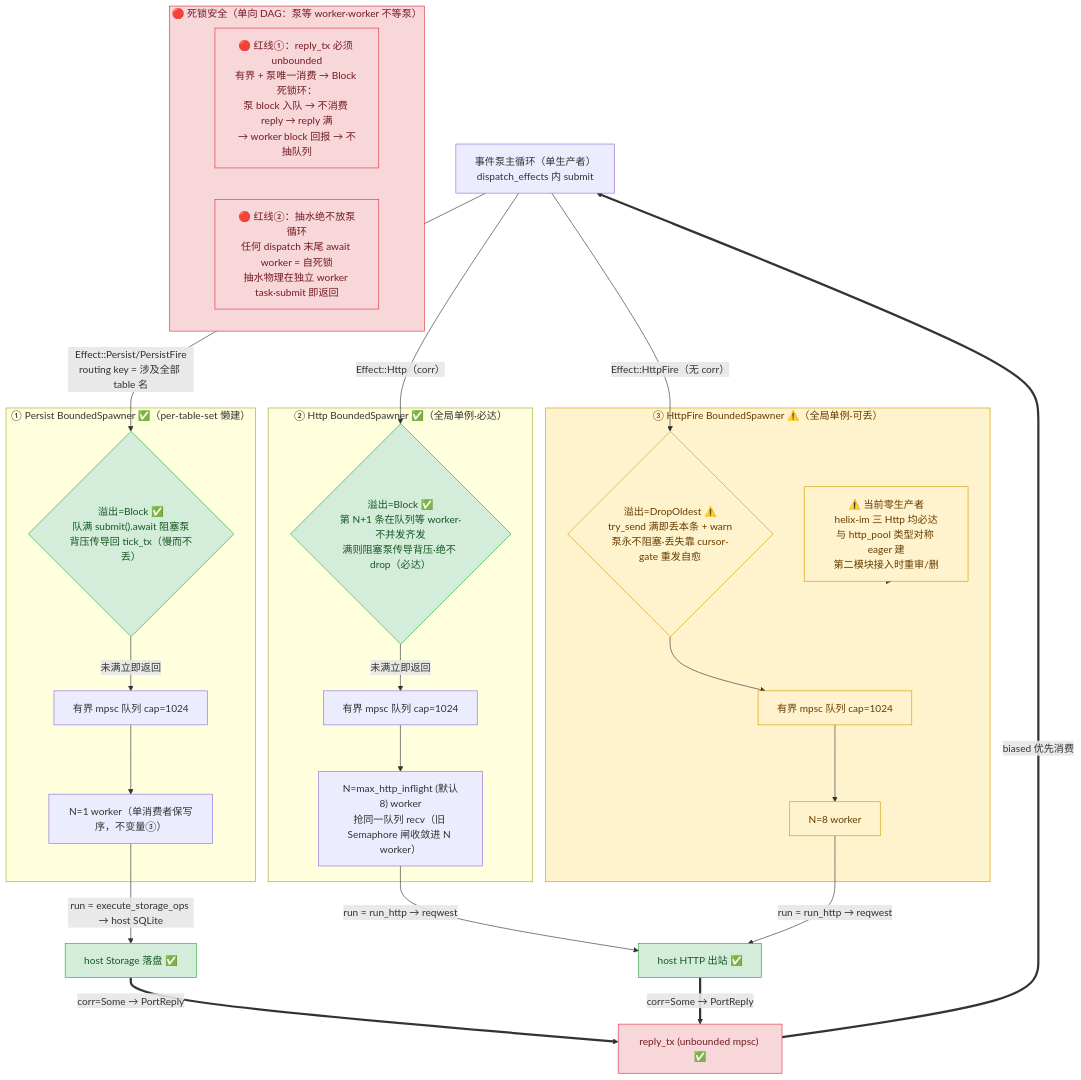
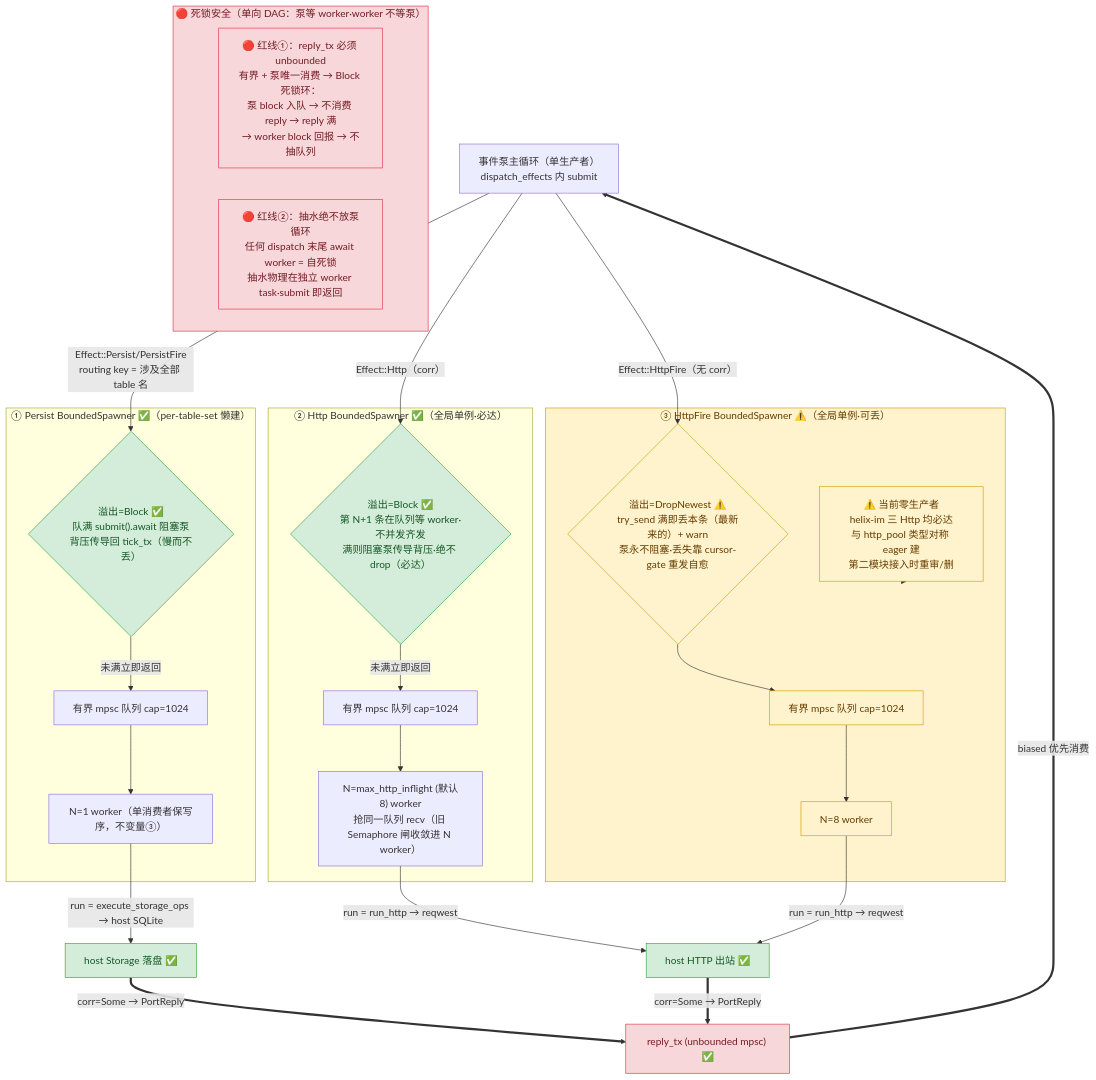
One commit to zxs1633079383/helix changed the diagram in crates/helix-driver-native/docs/design/02-bounded-spawner-backpressure.mmd. Above: the diagram before and after it, drawn with Mermaid. The commit also changed 12 other files, not shown here.

First line of the commit message:
refactor(driver): 将 Overflow::DropOldest 改名为 DropNewest（行为中性）

```diff
--- a/crates/helix-driver-native/docs/design/02-bounded-spawner-backpressure.mmd
+++ b/crates/helix-driver-native/docs/design/02-bounded-spawner-backpressure.mmd
@@ -1,60 +1,60 @@
 %% helix-driver-native — BoundedSpawner 统一背压模型（刀2-driver）
 %% 真源：src/engine_loop.rs struct BoundedSpawner / Overflow / submit
 %% 一个原语三态实例化：有界 mpsc(cap=K) + N worker + 溢出策略 + 独立 unbounded reply_tx
 %% 五不变量见 crate CLAUDE.md；🔴 = 死锁红线
 flowchart TD
     PUMP["事件泵主循环（单生产者）<br/>dispatch_effects 内 submit"]
 
     subgraph PERSIST["① Persist BoundedSpawner ✅（per-table-set 懒建）"]
         PQ["有界 mpsc 队列 cap=1024"]
         PW["N=1 worker（单消费者保写序，不变量③）"]
         PQ --> PW
         PO{"溢出=Block ✅<br/>队满 submit().await 阻塞泵<br/>背压传导回 tick_tx（慢而不丢）"}
     end
 
     subgraph HTTP["② Http BoundedSpawner ✅（全局单例·必达）"]
         HQ["有界 mpsc 队列 cap=1024"]
         HW["N=max_http_inflight (默认8) worker<br/>抢同一队列 recv（旧 Semaphore 闸收敛进 N worker）"]
         HQ --> HW
         HO{"溢出=Block ✅<br/>第 N+1 条在队列等 worker·不并发齐发<br/>满则阻塞泵传导背压·绝不 drop（必达）"}
     end
 
     subgraph HTTPFIRE["③ HttpFire BoundedSpawner ⚠️（全局单例·可丢）"]
         FQ["有界 mpsc 队列 cap=1024"]
         FW["N=8 worker"]
         FQ --> FW
-        FO{"溢出=DropOldest ⚠️<br/>try_send 满即丢本条 + warn<br/>泵永不阻塞·丢失靠 cursor-gate 重发自愈"}
+        FO{"溢出=DropNewest ⚠️<br/>try_send 满即丢本条（最新来的）+ warn<br/>泵永不阻塞·丢失靠 cursor-gate 重发自愈"}
         FNOTE["⚠️ 当前零生产者<br/>helix-im 三 Http 均必达<br/>与 http_pool 类型对称 eager 建<br/>第二模块接入时重审/删"]
     end
 
     PUMP -->|"Effect::Persist/PersistFire<br/>routing key = 涉及全部 table 名"| PO
     PUMP -->|"Effect::Http（corr）"| HO
     PUMP -->|"Effect::HttpFire（无 corr）"| FO
 
     PO -->|未满立即返回| PQ
     HO -->|未满立即返回| HQ
     FO --> FQ
     FNOTE -.-> HTTPFIRE
 
     %% ── worker 抽水（独立 task，红线②）──
     PW -->|"run = execute_storage_ops → host SQLite"| PIO["host Storage 落盘 ✅"]
     HW -->|"run = run_http → reqwest"| HIO["host HTTP 出站 ✅"]
     FW -->|"run = run_http → reqwest"| HIO
 
     %% ── PortReply 回灌（独立 unbounded，红线①）──
     RTX["reply_tx (unbounded mpsc) ✅"]
     PIO ==>|"corr=Some → PortReply"| RTX
     HIO ==>|"corr=Some → PortReply"| RTX
     RTX ==>|biased 优先消费| PUMP
 
     subgraph REDLINE["🔴 死锁安全（单向 DAG：泵等 worker·worker 不等泵）"]
         R1["🔴 红线①：reply_tx 必须 unbounded<br/>有界 + 泵唯一消费 → Block 死锁环：<br/>泵 block 入队 → 不消费 reply → reply 满<br/>→ worker block 回报 → 不抽队列"]
         R2["🔴 红线②：抽水绝不放泵循环<br/>任何 dispatch 末尾 await worker = 自死锁<br/>抽水物理在独立 worker task·submit 即返回"]
     end
 
     classDef gap fill:#fff3cd,stroke:#d39e00,color:#663c00
     classDef red fill:#f8d7da,stroke:#dc3545,color:#721c24
     classDef ok fill:#d4edda,stroke:#28a745,color:#155724
     class FO,FW,FQ,FNOTE,HTTPFIRE gap
     class RTX,R1,R2,REDLINE red
     class PO,HO,PIO,HIO ok
```
